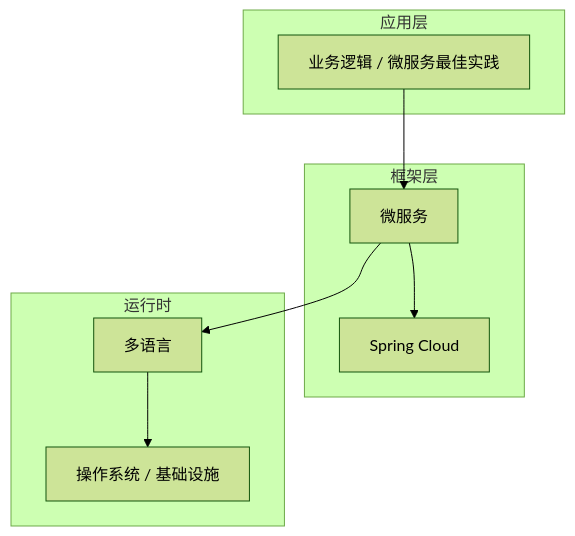
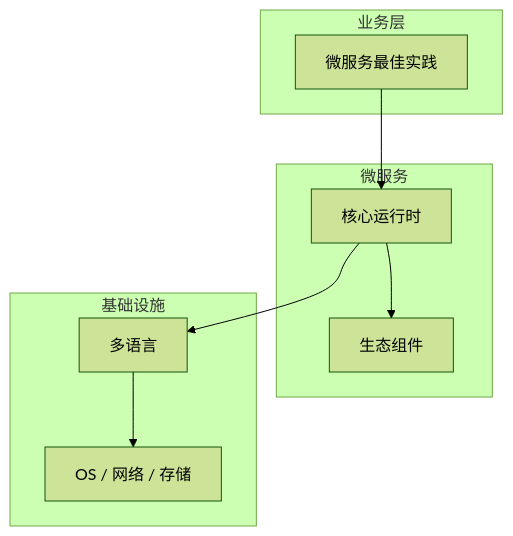
One commit to yanggan2015/knowledge-json-v2 changed the diagram in articles/微服务架构/chapters/114-微服务最佳实践核心概念与原理.md. Above: the diagram before and after it, drawn with Mermaid (forest theme). The commit also changed other lines of this file and 10127 other files, not shown here.

````diff
--- a/articles/微服务架构/chapters/114-微服务最佳实践核心概念与原理.md
+++ b/articles/微服务架构/chapters/114-微服务最佳实践核心概念与原理.md
@@ -45,18 +34,18 @@
 ```mermaid
 graph TB
-    subgraph 应用层
-        A[业务逻辑 / 微服务最佳实践]
+    subgraph 业务层
+        A[微服务最佳实践]
     end
-    subgraph 框架层
-        B[微服务]
-        C[Spring Cloud]
+    subgraph 微服务
+        B[核心运行时]
+        C[生态组件]
     end
-    subgraph 运行时
+    subgraph 基础设施
         D[多语言]
-        E[操作系统 / 基础设施]
+        E[OS / 网络 / 存储]
     end
     A --> B
     B --> C
     B --> D
     D --> E
 ```
````
